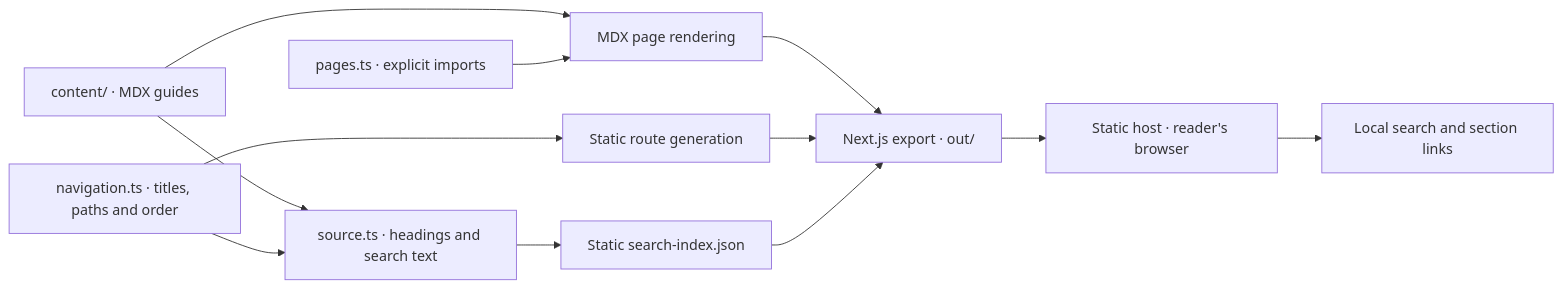
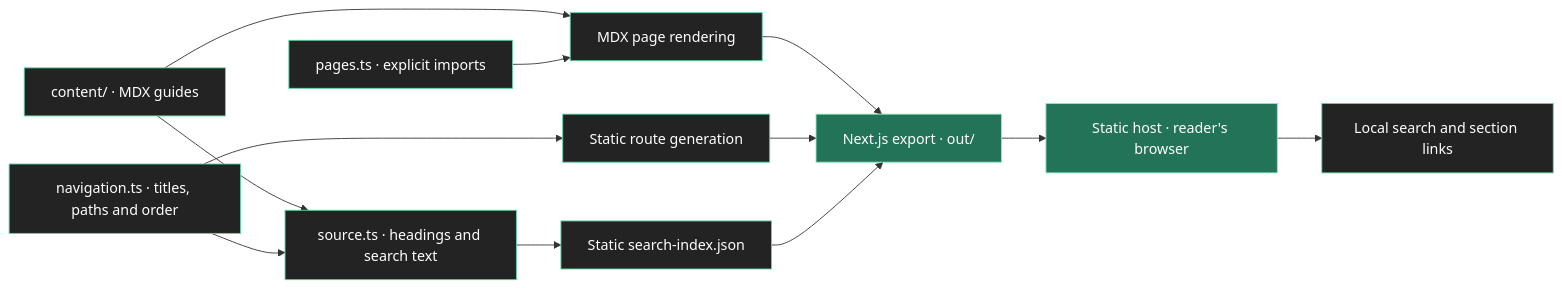
Before and after one commit to ikarn-dev/Wrenai: the diagram in DocsSite/README.md, drawn with Mermaid. The commit also changed other lines of this file and 4 other files, not shown here.

````diff
--- a/DocsSite/README.md
+++ b/DocsSite/README.md
@@ -15,14 +27,19 @@
 ```mermaid
 flowchart LR
     Content["content/ · MDX guides"] --> Render["MDX page rendering"]
     Nav["navigation.ts · titles, paths and order"] --> Routes["Static route generation"]
     Loaders["pages.ts · explicit imports"] --> Render
     Content --> Extract["source.ts · headings and search text"]
     Nav --> Extract
     Render --> Export["Next.js export · out/"]
     Routes --> Export
     Extract --> Index["Static search-index.json"]
     Index --> Export
     Export --> Browser["Static host · reader's browser"]
     Browser --> Search["Local search and section links"]
+
+    classDef accent fill:#237359,stroke:#89EDC0,color:#FFFFFF
+    classDef surface fill:#232323,stroke:#5FD6A4,color:#FFFFFF
+    class Export,Browser accent
+    class Content,Nav,Loaders,Render,Routes,Extract,Index,Search surface
 ```
````
